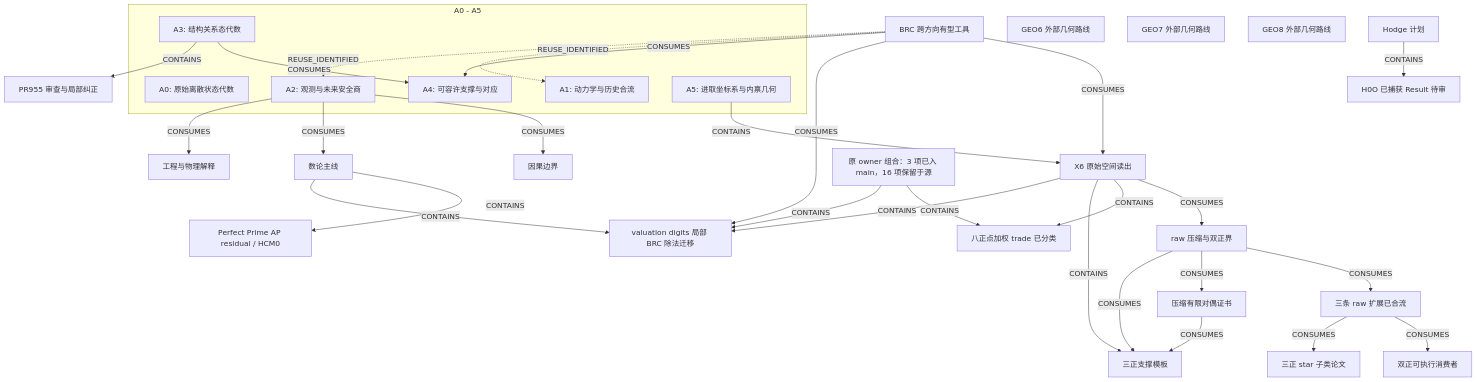
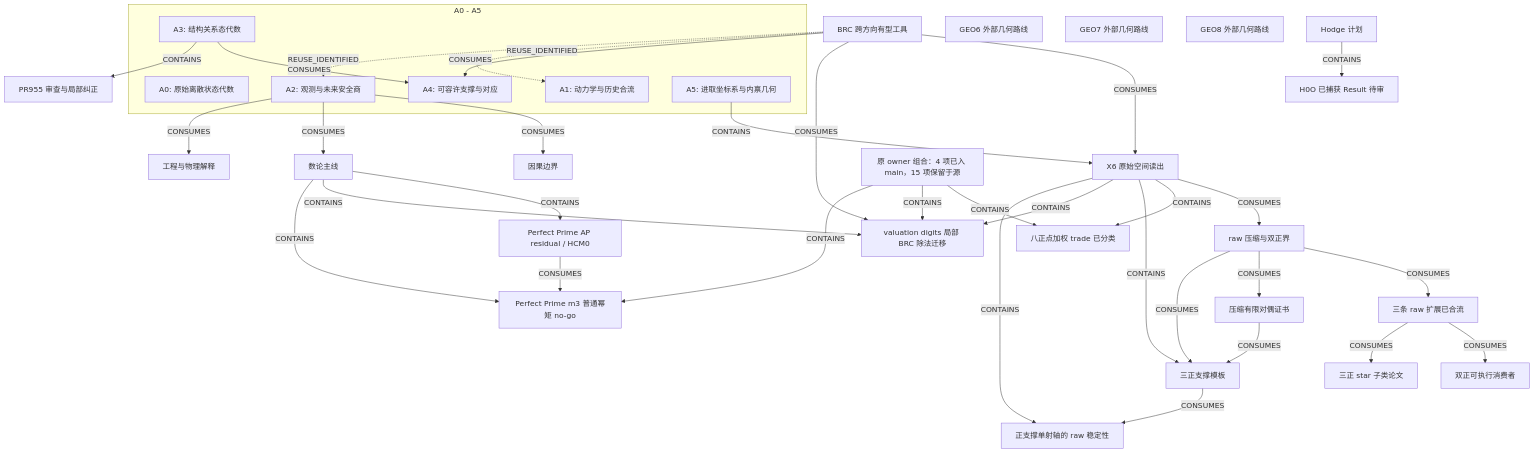
Before and after one commit to awdawmip/enterprise-math: the diagram in docs/RESEARCH_PROGRESS_MAP.zh-CN.md, drawn with Mermaid. The commit also changed other lines of this file and 2 other files, not shown here.

First line of the commit message:
docs: map PP obstruction and injective-axis raw stability

````diff
--- a/docs/RESEARCH_PROGRESS_MAP.zh-CN.md
+++ b/docs/RESEARCH_PROGRESS_MAP.zh-CN.md
@@ -15,58 +15,65 @@
 ```mermaid
 flowchart TB
   subgraph homes["A0 - A5"]
     A0["A0: 原始离散状态代数"]
     A1["A1: 动力学与历史合流"]
     A2["A2: 观测与未来安全商"]
     A3["A3: 结构关系态代数"]
     A4["A4: 可容许支撑与对应"]
     A5["A5: 进取坐标系与内禀几何"]
   end
   BRC["BRC 跨方向有型工具"]
   X6["X6 原始空间读出"]
   RAW_PAPER["raw 压缩与双正界"]
   RAW_EXT["三条 raw 扩展已合流"]
   P2_CONSUMER["双正可执行消费者"]
   STAR["三正 star 子类论文"]
   RAW_DUAL["压缩有限对偶证书"]
   A3_A4_REVIEW["PR955 审查与局部纠正"]
   NUMBER_THEORY["数论主线"]
   PERFECT_PRIME["Perfect Prime AP residual / HCM0"]
   P021["因果边界"]
   E001["工程与物理解释"]
   GEO6["GEO6 外部几何路线"]
   GEO7["GEO7 外部几何路线"]
   GEO8["GEO8 外部几何路线"]
   HODGE["Hodge 计划"]
   H0O["H0O 已捕获 Result 待审"]
-  OWNER_PORTFOLIO["原 owner 组合：3 项已入 main，16 项保留于源"]
+  OWNER_PORTFOLIO["原 owner 组合：4 项已入 main，15 项保留于源"]
   WEIGHTED_TRADE["八正点加权 trade 已分类"]
   P3_TEMPLATES["三正支撑模板"]
   VALUATION_DIGITS["valuation digits 局部 BRC 除法迁移"]
+  PP_MOMENT_NOGO["Perfect Prime m3 普通幂矩 no-go"]
+  INJECTIVE_AXIS_RAW["正支撑单射轴的 raw 稳定性"]
   A3 -->|"CONSUMES"| A4
   BRC -->|"CONSUMES"| A4
   BRC -.->|"REUSE_IDENTIFIED"| A1
   BRC -.->|"REUSE_IDENTIFIED"| A2
   BRC -->|"CONSUMES"| X6
   A5 -->|"CONTAINS"| X6
   X6 -->|"CONSUMES"| RAW_PAPER
   RAW_PAPER -->|"CONSUMES"| RAW_EXT
   RAW_EXT -->|"CONSUMES"| P2_CONSUMER
   RAW_EXT -->|"CONSUMES"| STAR
   RAW_PAPER -->|"CONSUMES"| RAW_DUAL
   A3 -->|"CONTAINS"| A3_A4_REVIEW
   A2 -->|"CONSUMES"| P021
   A2 -->|"CONSUMES"| NUMBER_THEORY
   NUMBER_THEORY -->|"CONTAINS"| PERFECT_PRIME
   A2 -->|"CONSUMES"| E001
   HODGE -->|"CONTAINS"| H0O
   X6 -->|"CONTAINS"| WEIGHTED_TRADE
   OWNER_PORTFOLIO -->|"CONTAINS"| WEIGHTED_TRADE
   X6 -->|"CONTAINS"| P3_TEMPLATES
   RAW_PAPER -->|"CONSUMES"| P3_TEMPLATES
   RAW_DUAL -->|"CONSUMES"| P3_TEMPLATES
   NUMBER_THEORY -->|"CONTAINS"| VALUATION_DIGITS
   BRC -->|"CONSUMES"| VALUATION_DIGITS
   OWNER_PORTFOLIO -->|"CONTAINS"| VALUATION_DIGITS
   X6 -->|"CONTAINS"| VALUATION_DIGITS
+  NUMBER_THEORY -->|"CONTAINS"| PP_MOMENT_NOGO
+  PERFECT_PRIME -->|"CONSUMES"| PP_MOMENT_NOGO
+  OWNER_PORTFOLIO -->|"CONTAINS"| PP_MOMENT_NOGO
+  X6 -->|"CONTAINS"| INJECTIVE_AXIS_RAW
+  P3_TEMPLATES -->|"CONSUMES"| INJECTIVE_AXIS_RAW
 ```
````
